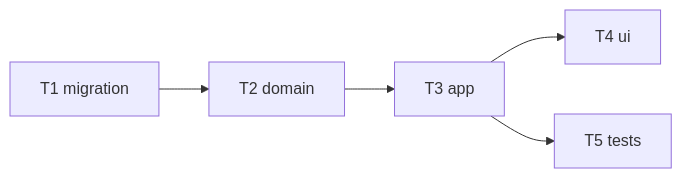
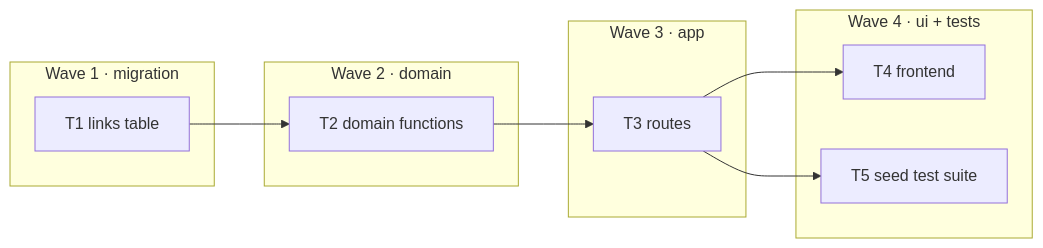
One commit to genkovich/url-shortener changed the diagram in docs/features/base-vertical/tasks/_epic.md. Above: the diagram before and after it, drawn with Mermaid. The commit also changed other lines of this file and 22 other files, not shown here.

````diff
--- a/docs/features/base-vertical/tasks/_epic.md
+++ b/docs/features/base-vertical/tasks/_epic.md
@@ -13,5 +17,19 @@
 ```mermaid
 flowchart LR
-  T1[T1 migration] --> T2[T2 domain] --> T3[T3 app] --> T4[T4 ui]
-  T3 --> T5[T5 tests]
+  subgraph W1["Wave 1 · migration"]
+    T1[T1 links table]
+  end
+  subgraph W2["Wave 2 · domain"]
+    T2[T2 domain functions]
+  end
+  subgraph W3["Wave 3 · app"]
+    T3[T3 routes]
+  end
+  subgraph W4["Wave 4 · ui + tests"]
+    T4[T4 frontend]
+    T5[T5 seed test suite]
+  end
+  T1 --> T2 --> T3
+  T3 --> T4
+  T3 --> T5
 ```
````
